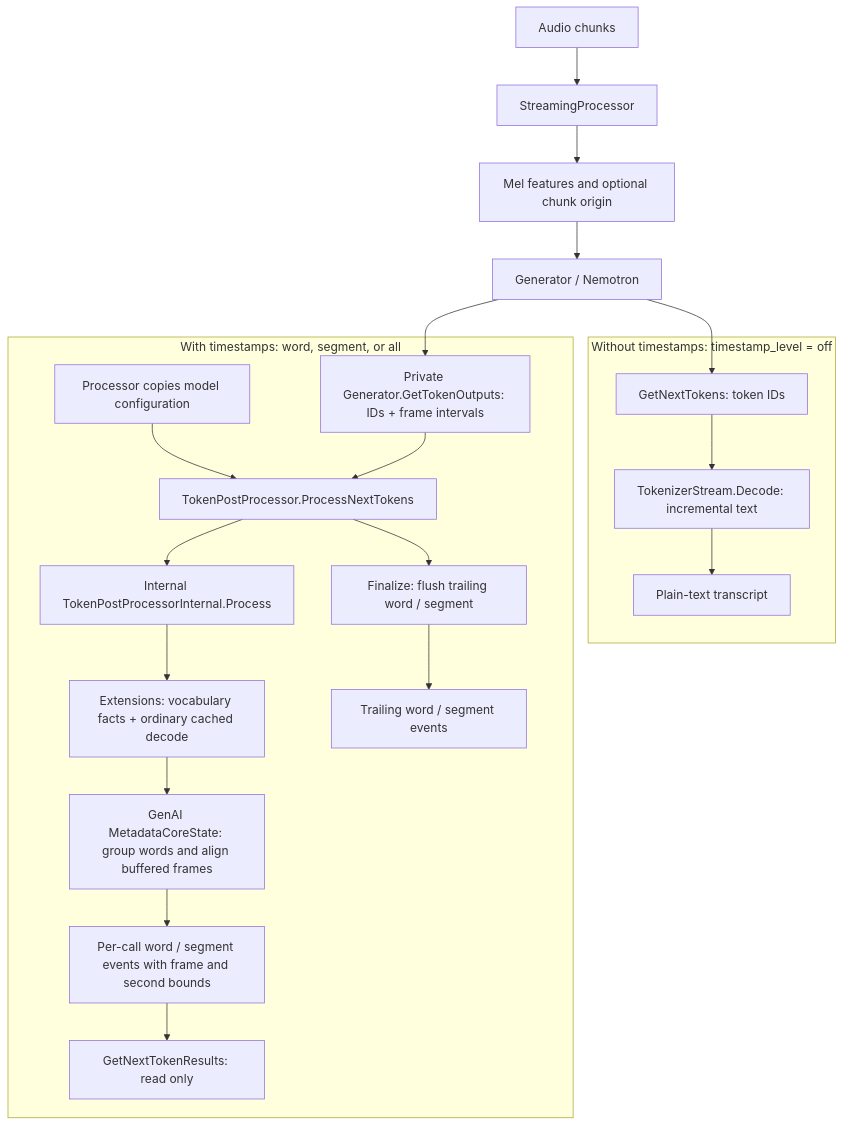
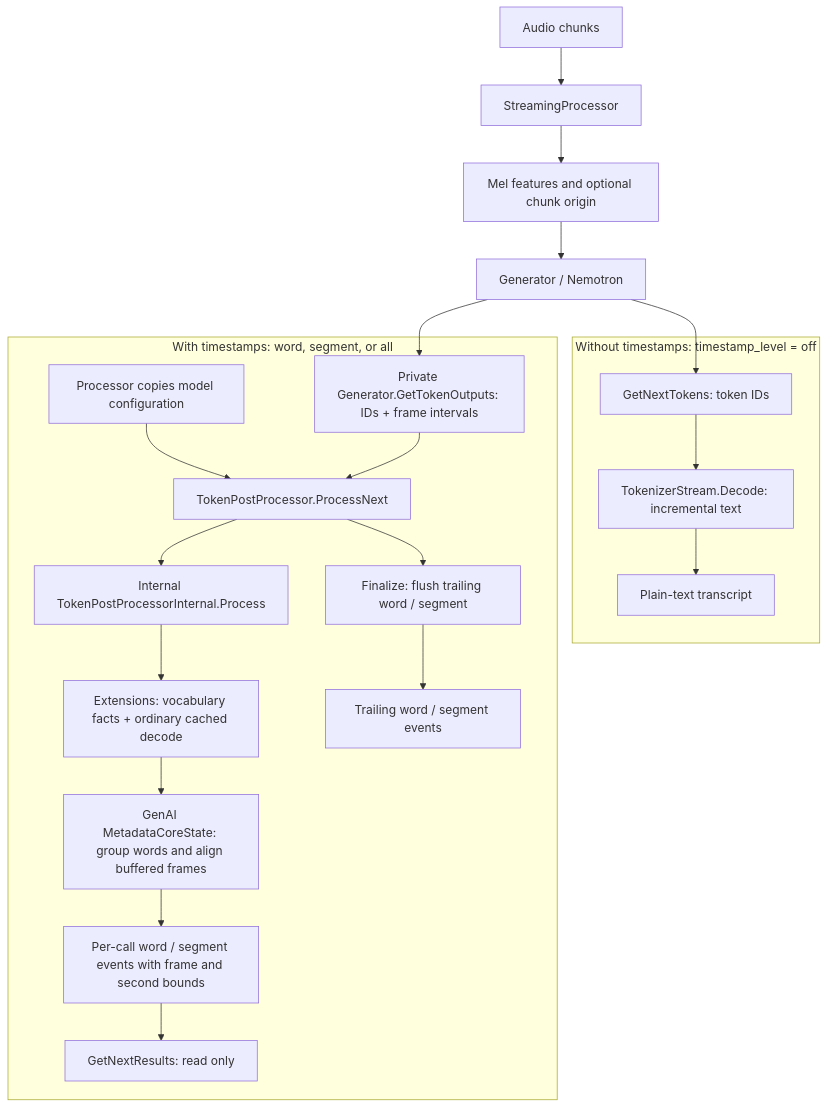
Before and after one commit to microsoft/onnxruntime-genai: the diagram in docs/nemotron_speech_timestamps.md, drawn with Mermaid. The commit also changed other lines of this file and 13 other files, not shown here.

First line of the commit message:
Rename TokenPostProcessor processing and result methods across bindings

````diff
--- a/docs/nemotron_speech_timestamps.md
+++ b/docs/nemotron_speech_timestamps.md
@@ -52,26 +52,26 @@
 ```mermaid
 flowchart TB
   audio[Audio chunks] --> processor[StreamingProcessor]
   processor --> features[Mel features and optional chunk origin]
   features --> generator[Generator / Nemotron]
 
   subgraph plain[Without timestamps: timestamp_level = off]
     ids[GetNextTokens: token IDs] --> decode[TokenizerStream.Decode: incremental text]
     decode --> transcript[Plain-text transcript]
   end
 
   subgraph timed[With timestamps: word, segment, or all]
     setup[Processor copies model configuration] --> stream
-    timed_tokens[Private Generator.GetTokenOutputs: IDs + frame intervals] --> stream[TokenPostProcessor.ProcessNextTokens]
+    timed_tokens[Private Generator.GetTokenOutputs: IDs + frame intervals] --> stream[TokenPostProcessor.ProcessNext]
     stream --> internal[Internal TokenPostProcessorInternal.Process]
     internal --> ortx[Extensions: vocabulary facts + ordinary cached decode]
     ortx --> align[GenAI MetadataCoreState: group words and align buffered frames]
     align --> events[Per-call word / segment events with frame and second bounds]
-    events --> read[GetNextTokenResults: read only]
+    events --> read[GetNextResults: read only]
     stream --> final[Finalize: flush trailing word / segment]
     final --> trailing[Trailing word / segment events]
   end
 
   generator --> ids
   generator --> timed_tokens
 ```
````
